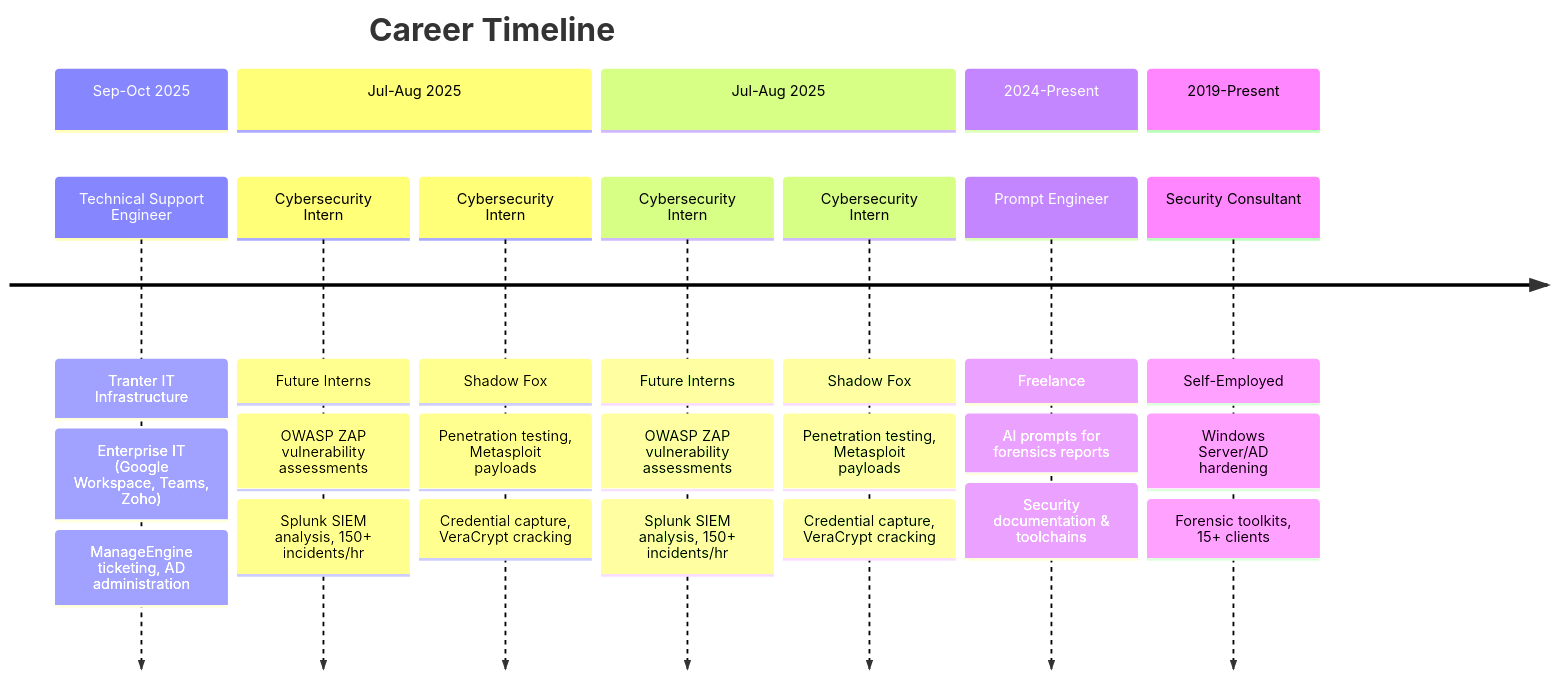
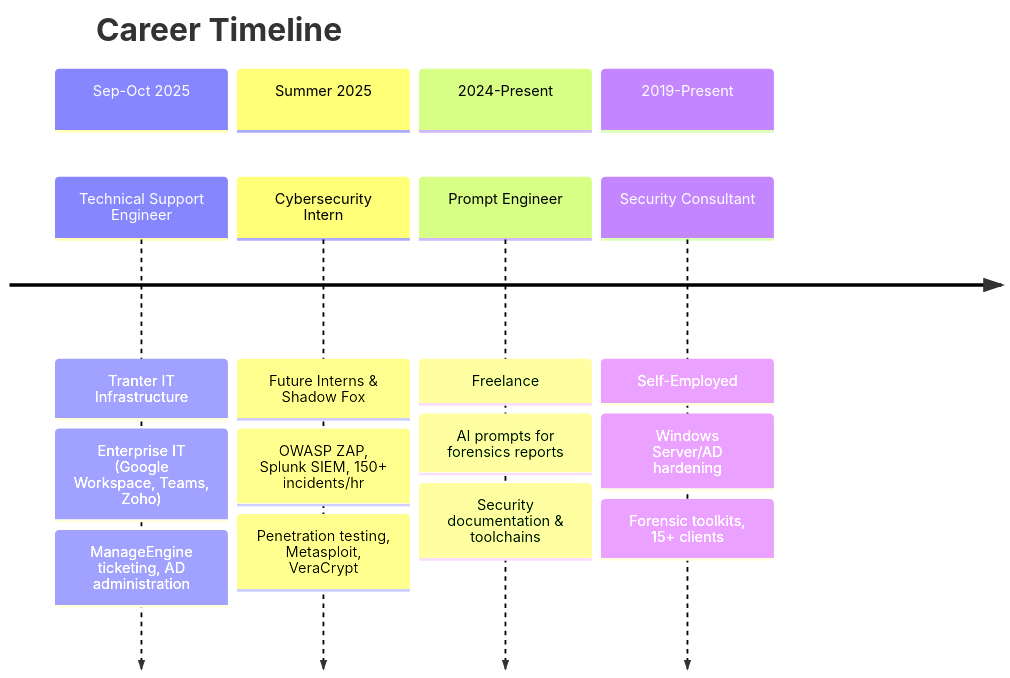
Before and after one commit to Hao-Tec/Hao-Tec: the diagram in README.md, drawn with Mermaid. The commit also changed other lines of this file, not shown here.

Commit message:
🔧 Combine Summer 2025 internships, remove broken stats cards

````diff
--- a/README.md
+++ b/README.md
@@ -131,24 +131,20 @@
 ```mermaid
 timeline
     title Career Timeline
     section Sep-Oct 2025
         Technical Support Engineer : Tranter IT Infrastructure
         : Enterprise IT (Google Workspace, Teams, Zoho)
         : ManageEngine ticketing, AD administration
-    section Jul-Aug 2025
-        Cybersecurity Intern : Future Interns
-        : OWASP ZAP vulnerability assessments
-        : Splunk SIEM analysis, 150+ incidents/hr
-    section Jul-Aug 2025
-        Cybersecurity Intern : Shadow Fox
-        : Penetration testing, Metasploit payloads
-        : Credential capture, VeraCrypt cracking
+    section Summer 2025
+        Cybersecurity Intern : Future Interns & Shadow Fox
+        : OWASP ZAP, Splunk SIEM, 150+ incidents/hr
+        : Penetration testing, Metasploit, VeraCrypt
     section 2024-Present
         Prompt Engineer : Freelance
         : AI prompts for forensics reports
         : Security documentation & toolchains
     section 2019-Present
         Security Consultant : Self-Employed
         : Windows Server/AD hardening
         : Forensic toolkits, 15+ clients
 ```
````
